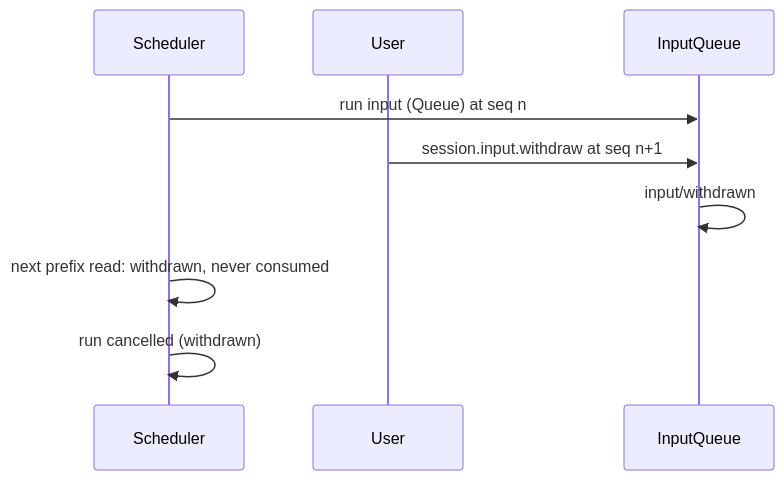
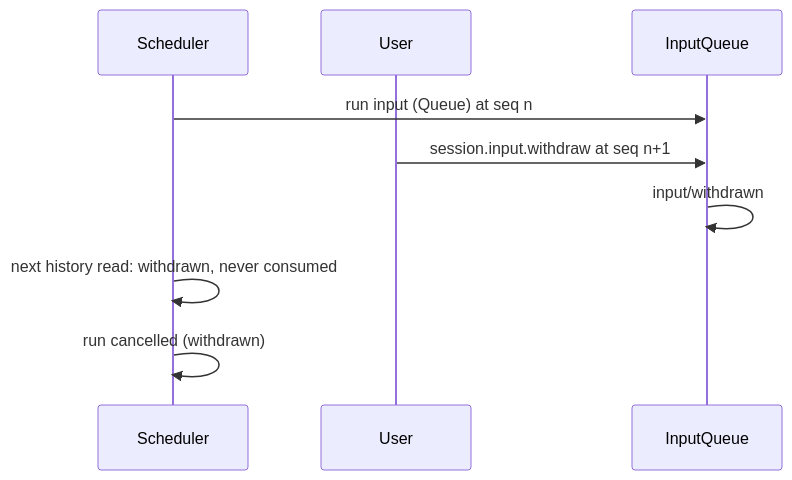
Before and after one commit to CoutinhoTTS/dim-agent: the sixth of 6 diagrams in docs/design/plugins/Scheduler.md, drawn with Mermaid. The commit also changed other lines of this file and 3 other files, not shown here.

````diff
--- a/docs/design/plugins/Scheduler.md
+++ b/docs/design/plugins/Scheduler.md
@@ -158,11 +149,11 @@
 ```mermaid
 sequenceDiagram
   participant S as Scheduler
   participant U as User
   participant IQ as InputQueue
   S->>IQ: run input (Queue) at seq n
   U->>IQ: session.input.withdraw at seq n+1
   IQ->>IQ: input/withdrawn
-  S->>S: next prefix read: withdrawn, never consumed
+  S->>S: next history read: withdrawn, never consumed
   S->>S: run cancelled (withdrawn)
 ```
````
